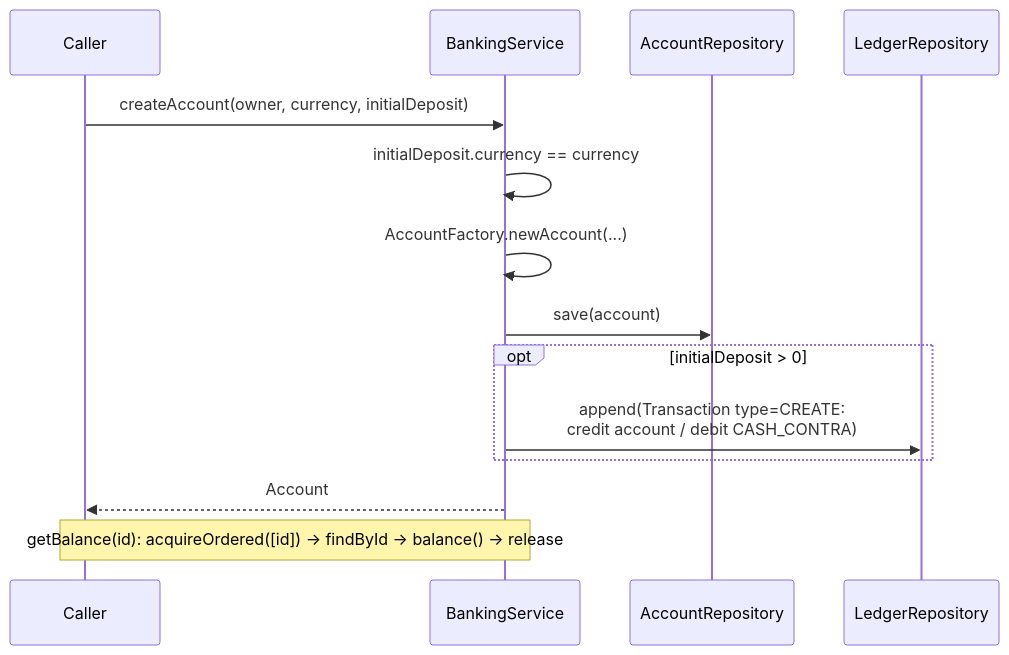
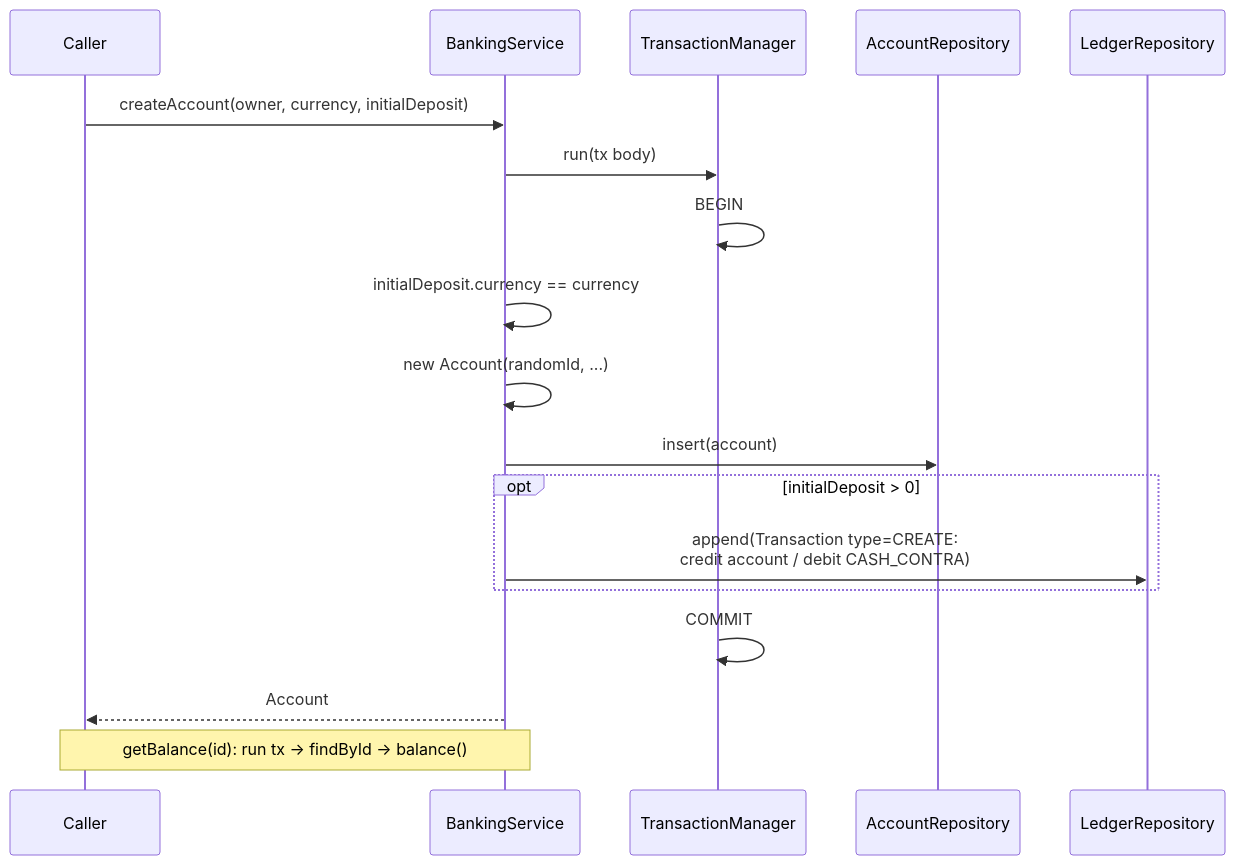
Before and after one commit to ngaikkeung/firstcircle-banking: the fifth of 7 diagrams in doc/operation-flows.md, drawn with Mermaid. The commit also changed other lines of this file and 33 other files, not shown here.

````diff
--- a/doc/operation-flows.md
+++ b/doc/operation-flows.md
@@ -125,17 +133,21 @@
 ```mermaid
 sequenceDiagram
     participant C as Caller
     participant S as BankingService
+    participant TM as TransactionManager
     participant R as AccountRepository
     participant G as LedgerRepository
 
     C->>S: createAccount(owner, currency, initialDeposit)
+    S->>TM: run(tx body)
+    TM->>TM: BEGIN
     S->>S: initialDeposit.currency == currency
-    S->>S: AccountFactory.newAccount(...)
-    S->>R: save(account)
+    S->>S: new Account(randomId, ...)
+    S->>R: insert(account)
     opt initialDeposit > 0
         S->>G: append(Transaction type=CREATE:<br/>credit account / debit CASH_CONTRA)
     end
+    TM->>TM: COMMIT
     S-->>C: Account
-    Note over C,S: getBalance(id): acquireOrdered([id]) → findById → balance() → release
+    Note over C,S: getBalance(id): run tx → findById → balance()
 ```
````
